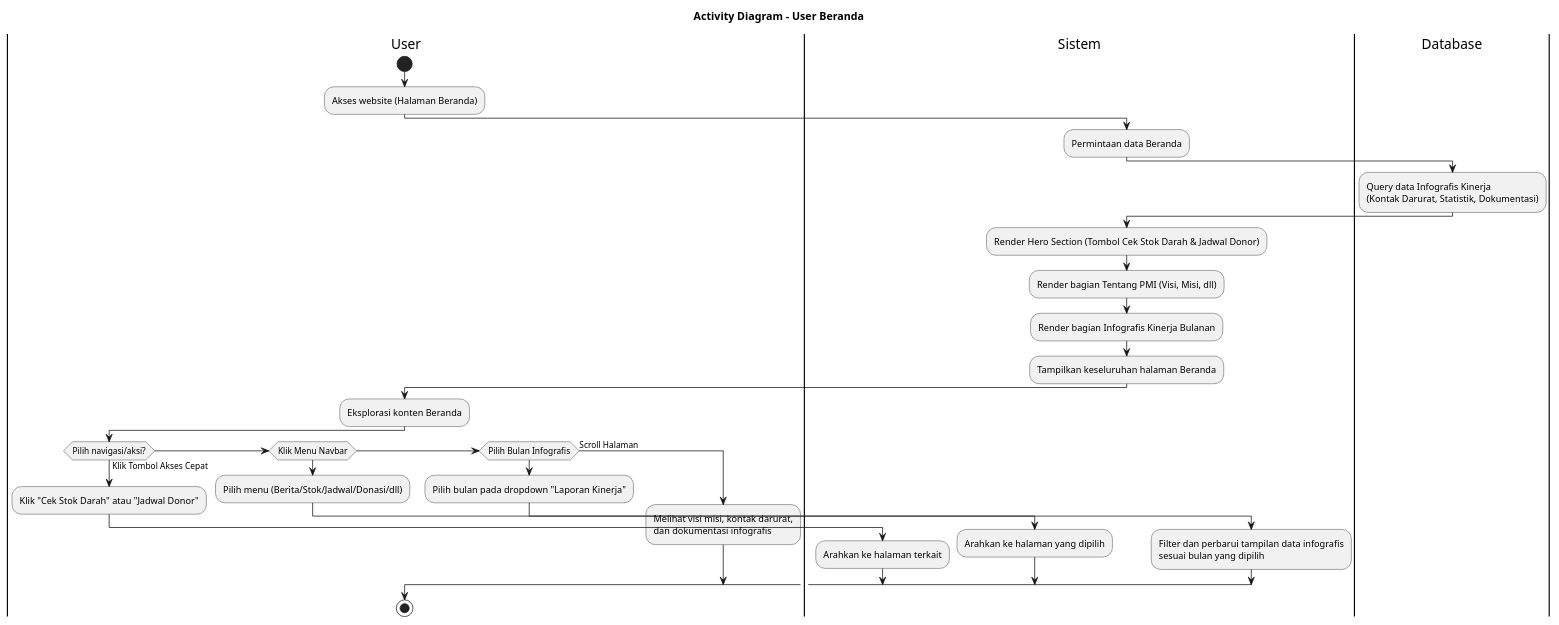
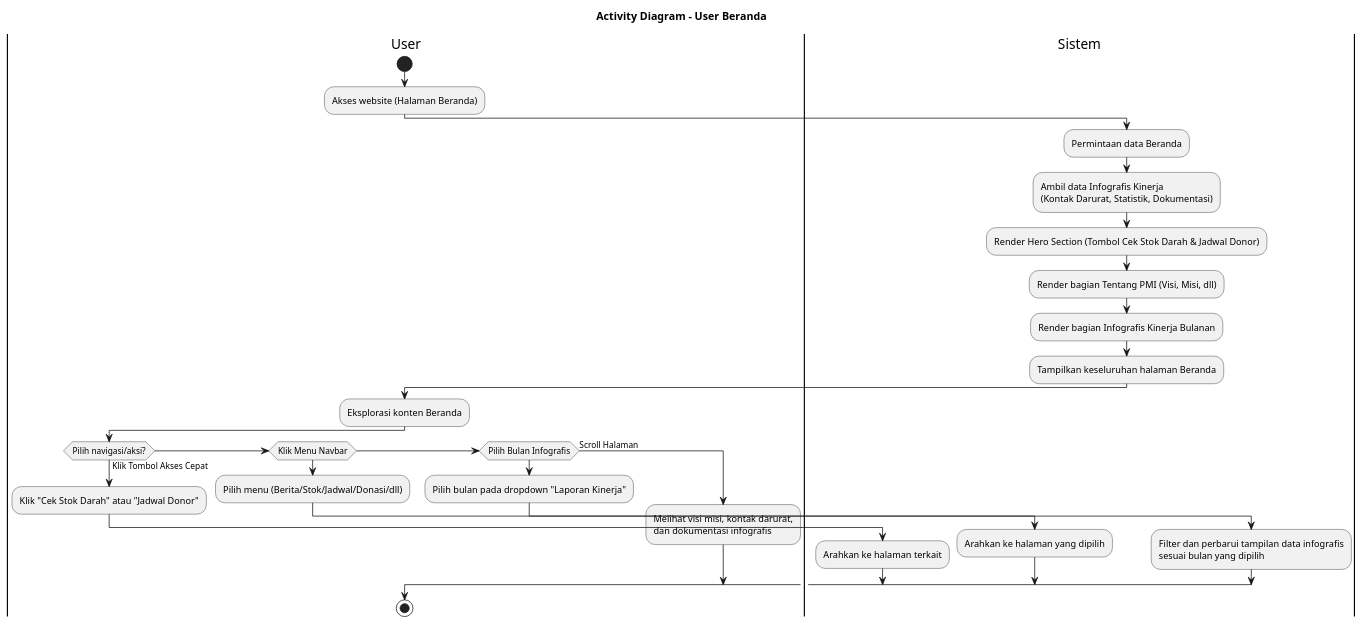
Before and after one commit to jaddu17/capstonepmikp: the diagram in diagram/activitydiagram_user_home.puml, drawn with PlantUML. The commit also changed 49 other files, not shown here.

```diff
--- a/diagram/activitydiagram_user_home.puml
+++ b/diagram/activitydiagram_user_home.puml
@@ -1,48 +1,44 @@
 @startuml ACTIVITY_DIAGRAM_USER_HOME
 title Activity Diagram - User Beranda
 
 |User|
 start
 :Akses website (Halaman Beranda);
 
 |Sistem|
 :Permintaan data Beranda;
-
-|Database|
-:Query data Infografis Kinerja 
+:Ambil data Infografis Kinerja 
 (Kontak Darurat, Statistik, Dokumentasi);
-
-|Sistem|
 :Render Hero Section (Tombol Cek Stok Darah & Jadwal Donor);
 :Render bagian Tentang PMI (Visi, Misi, dll);
 :Render bagian Infografis Kinerja Bulanan;
 :Tampilkan keseluruhan halaman Beranda;
 
 |User|
 :Eksplorasi konten Beranda;
 
 if (Pilih navigasi/aksi?) then (Klik Tombol Akses Cepat)
   :Klik "Cek Stok Darah" atau "Jadwal Donor";
   |Sistem|
   :Arahkan ke halaman terkait;
 else if (Klik Menu Navbar)
   |User|
   :Pilih menu (Berita/Stok/Jadwal/Donasi/dll);
   |Sistem|
   :Arahkan ke halaman yang dipilih;
 else if (Pilih Bulan Infografis)
   |User|
   :Pilih bulan pada dropdown "Laporan Kinerja";
   |Sistem|
   :Filter dan perbarui tampilan data infografis 
   sesuai bulan yang dipilih;
 else (Scroll Halaman)
   |User|
   :Melihat visi misi, kontak darurat, 
   dan dokumentasi infografis;
 endif
 
 |User|
 stop
 
 @enduml
```
